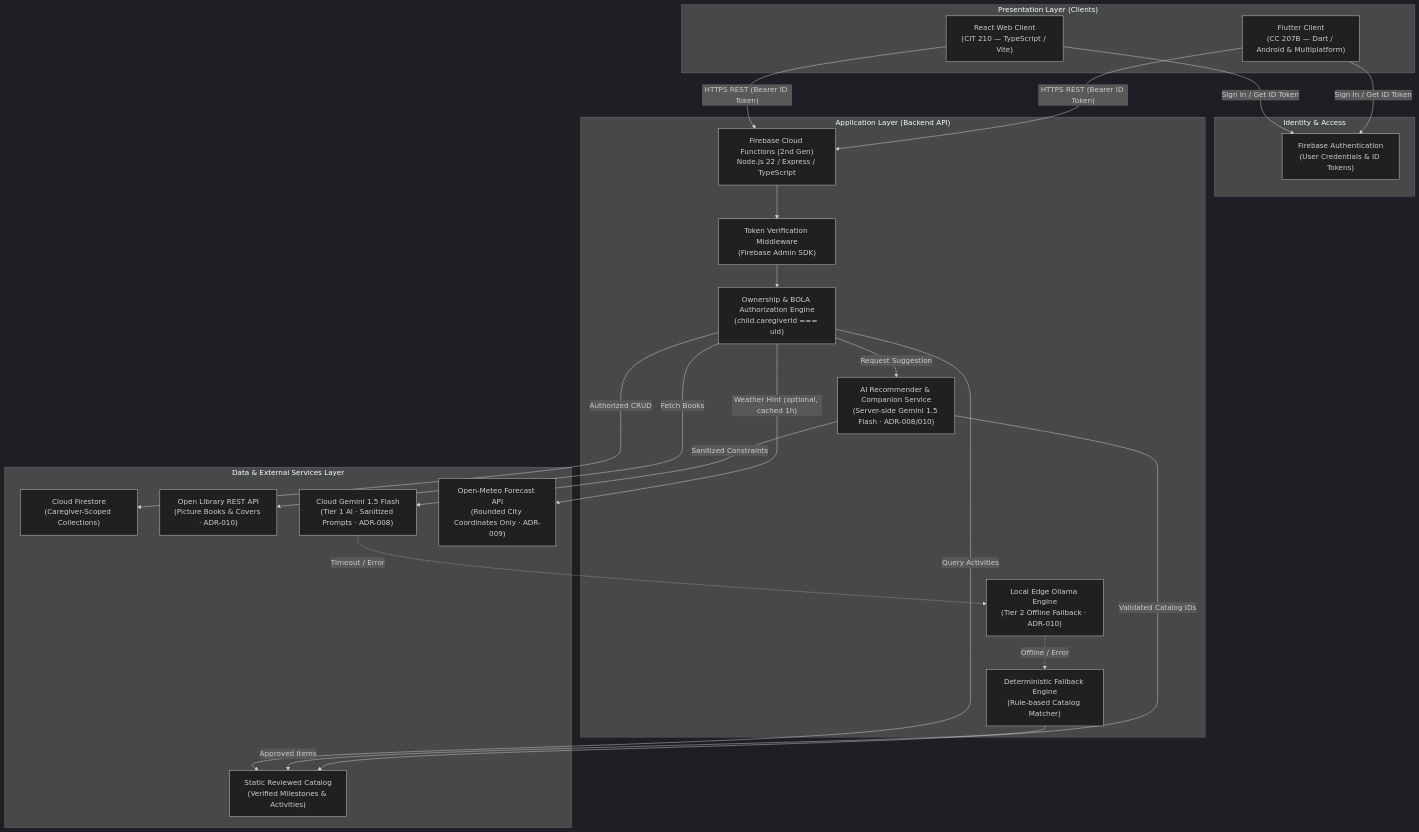
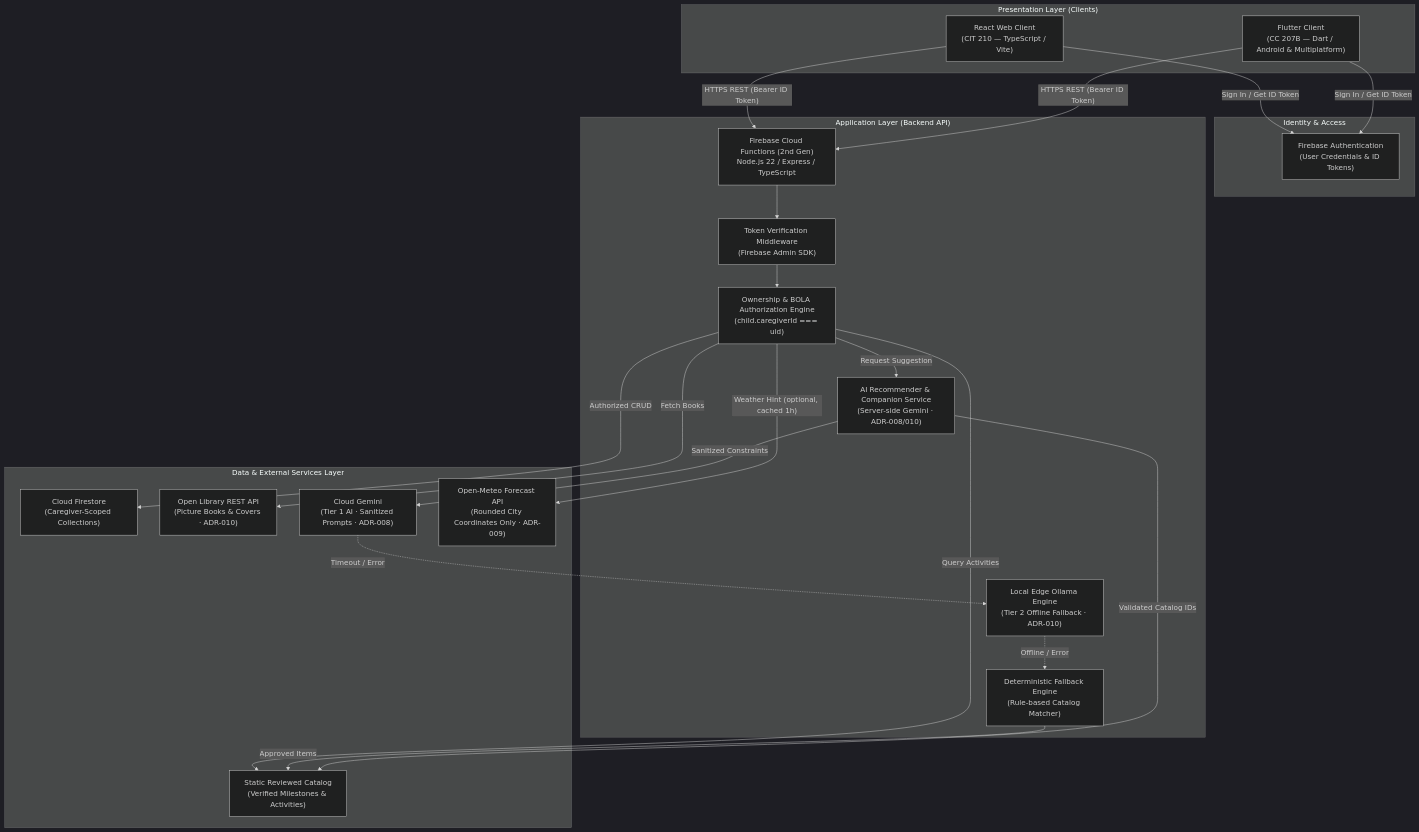
Before and after one commit to Thesis-Titans/littlesteps-docs: the diagram in docs/architecture-decisions.md, drawn with Mermaid (dark theme). The commit also changed other lines of this file and 7 other files, not shown here.

````diff
--- a/docs/architecture-decisions.md
+++ b/docs/architecture-decisions.md
@@ -19,52 +19,52 @@
 ```mermaid
 graph TD
     subgraph Clients["Presentation Layer (Clients)"]
         WebClient["React Web Client<br/>(CIT 210 — TypeScript / Vite)"]
         MobileClient["Flutter Client<br/>(CC 207B — Dart / Android & Multiplatform)"]
     end
 
     subgraph Identity["Identity & Access"]
         FirebaseAuth["Firebase Authentication<br/>(User Credentials & ID Tokens)"]
     end
 
     subgraph Backend["Application Layer (Backend API)"]
         CloudFunctions["Firebase Cloud Functions (2nd Gen)<br/>Node.js 22 / Express / TypeScript"]
         AuthMiddleware["Token Verification Middleware<br/>(Firebase Admin SDK)"]
         BOLAAuth["Ownership & BOLA Authorization Engine<br/>(child.caregiverId === uid)"]
-        AIService["AI Recommender & Companion Service<br/>(Server-side Gemini 1.5 Flash · ADR-008/010)"]
+        AIService["AI Recommender & Companion Service<br/>(Server-side Gemini · ADR-008/010)"]
         OllamaLocal["Local Edge Ollama Engine<br/>(Tier 2 Offline Fallback · ADR-010)"]
         FallbackService["Deterministic Fallback Engine<br/>(Rule-based Catalog Matcher)"]
     end
 
     subgraph Persistence["Data & External Services Layer"]
         Firestore["Cloud Firestore<br/>(Caregiver-Scoped Collections)"]
         ReviewedCatalog["Static Reviewed Catalog<br/>(Verified Milestones & Activities)"]
         OpenLibrary["Open Library REST API<br/>(Picture Books & Covers · ADR-010)"]
-        ExternalAI["Cloud Gemini 1.5 Flash<br/>(Tier 1 AI · Sanitized Prompts · ADR-008)"]
+        ExternalAI["Cloud Gemini<br/>(Tier 1 AI · Sanitized Prompts · ADR-008)"]
         Weather["Open-Meteo Forecast API<br/>(Rounded City Coordinates Only · ADR-009)"]
     end
 
     %% Client auth flows
     WebClient -->|"Sign In / Get ID Token"| FirebaseAuth
     MobileClient -->|"Sign In / Get ID Token"| FirebaseAuth
 
     %% Client API calls
     WebClient -->|"HTTPS REST (Bearer ID Token)"| CloudFunctions
     MobileClient -->|"HTTPS REST (Bearer ID Token)"| CloudFunctions
 
     %% Backend processing
     CloudFunctions --> AuthMiddleware
     AuthMiddleware --> BOLAAuth
     BOLAAuth -->|"Authorized CRUD"| Firestore
     BOLAAuth -->|"Query Activities"| ReviewedCatalog
     BOLAAuth -->|"Fetch Books"| OpenLibrary
 
     %% AI Recommendation flow
     BOLAAuth -->|"Request Suggestion"| AIService
     AIService -->|"Sanitized Constraints"| ExternalAI
     ExternalAI -.->|"Timeout / Error"| OllamaLocal
     OllamaLocal -.->|"Offline / Error"| FallbackService
     FallbackService -->|"Approved Items"| ReviewedCatalog
     AIService -->|"Validated Catalog IDs"| ReviewedCatalog
     BOLAAuth -->|"Weather Hint (optional, cached 1h)"| Weather
 ```
````
